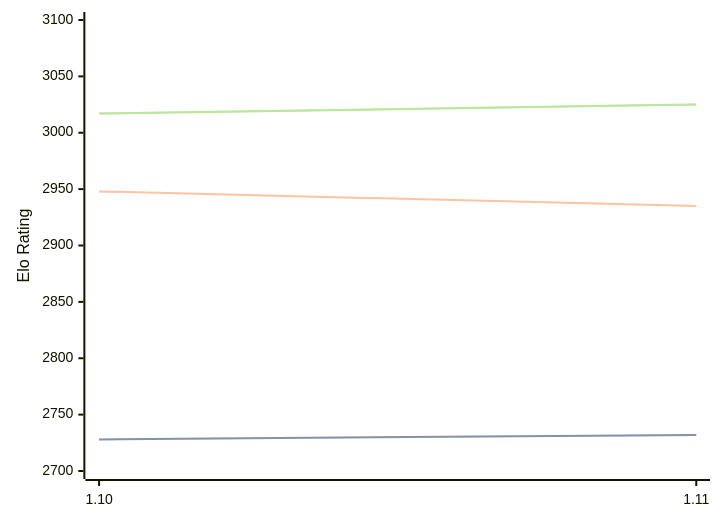
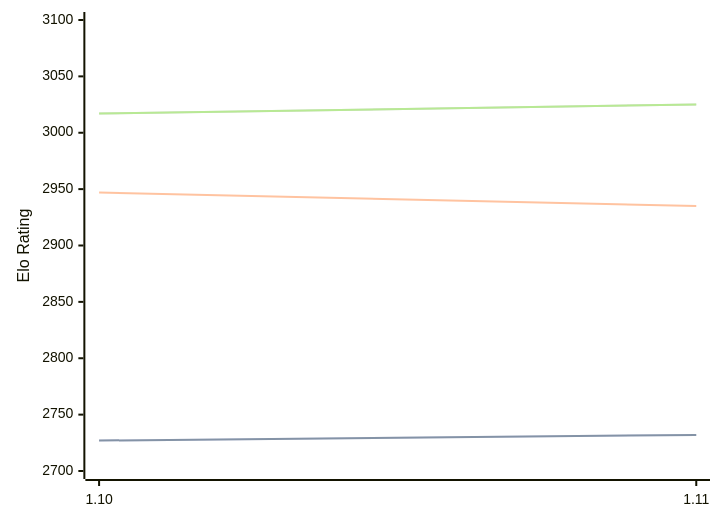
One commit to computer-chess-index/cci changed the diagram in engines/Roc.md. Above: the diagram before and after it, drawn with Mermaid. The commit also changed other lines of this file, not shown here.

````diff
--- a/engines/Roc.md
+++ b/engines/Roc.md
@@ -65,11 +65,11 @@
 ```mermaid
 %%{init: {"theme":"base","themeVariables":{"seriesColors:['#a3a3a3','#222221','#faa371']}}}%%
 xychart-beta
   x-axis ["1.10", "1.11"]
   y-axis "Elo Rating" 2700 --> 3100
-  line "STC (8.0+0.08s)" [2728, 2732]
-  line "STC (8.0+0.08s)" [2728, 2732]
-  line "LTC (60.0+0.60s)" [2948, 2935]
+  line "STC (8.0+0.08s)" [2727, 2732]
+  line "STC (8.0+0.08s)" [2727, 2732]
+  line "LTC (60.0+0.60s)" [2947, 2935]
   line "VLTC (2m24s+1.12s)" [3017, 3025]
   line "VLTC (2m24s+1.12s)" [3017, 3025]
 ```
````
